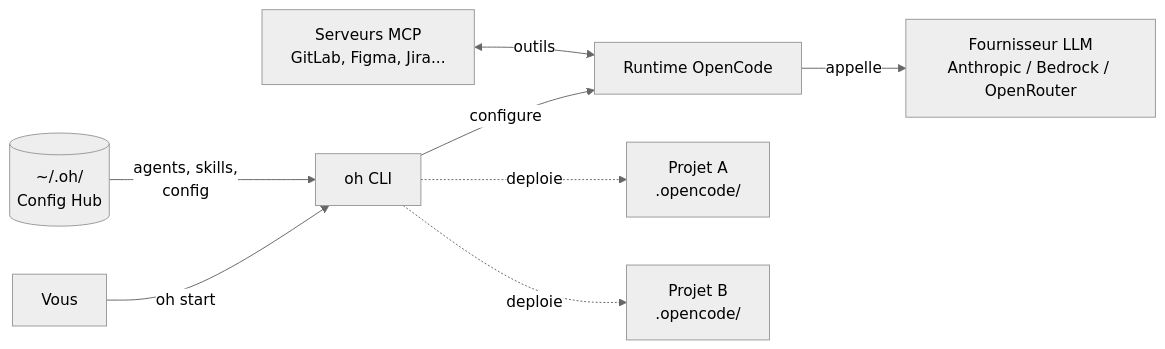
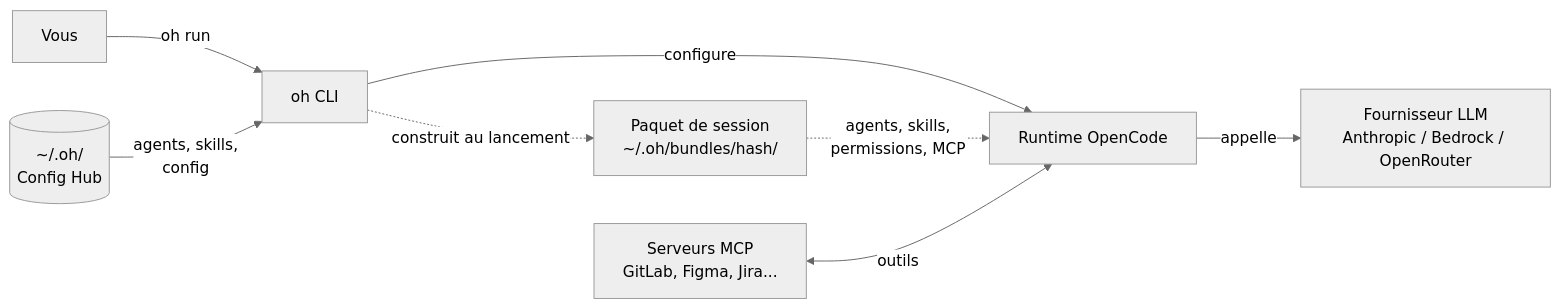
One commit to datichb/openhub changed the diagram in docs/guides/getting-started.fr.md. Above: the diagram before and after it, drawn with Mermaid (neutral theme). The commit also changed other lines of this file and 92 other files, not shown here.

````diff
--- a/docs/guides/getting-started.fr.md
+++ b/docs/guides/getting-started.fr.md
@@ -9,10 +9,10 @@
 ```mermaid
 flowchart LR
-    U[Vous] -->|oh start| CLI[oh CLI]
+    U[Vous] -->|oh run| CLI[oh CLI]
     CLI -->|configure| OC[Runtime OpenCode]
     OC -->|appelle| LLM[Fournisseur LLM<br/>Anthropic / Bedrock / OpenRouter]
-    CLI -.->|deploie| P1[Projet A<br/>.opencode/]
-    CLI -.->|deploie| P2[Projet B<br/>.opencode/]
+    CLI -.->|construit au lancement| B[Paquet de session<br/>~/.oh/bundles/hash/]
+    B -.->|agents, skills,<br/>permissions, MCP| OC
     HUB[(~/.oh/<br/>Config Hub)] -->|agents, skills,<br/>config| CLI
     MCP[Serveurs MCP<br/>GitLab, Figma, Jira...] <-->|outils| OC
 ```
````
